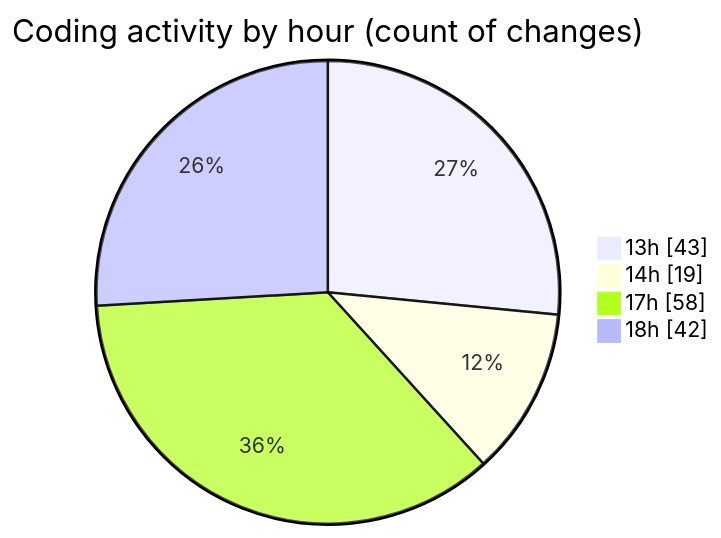
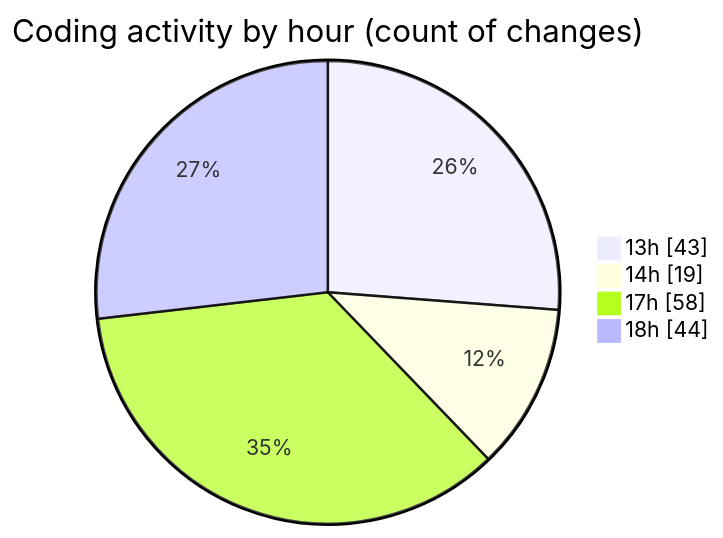
Before and after one commit to MatusMokan/code-tracking: the second of 2 diagrams in 2025-10-04/untitled__workspace_/README.md, drawn with Mermaid. The commit also changed other lines of this file and 1 other file, not shown here.

````diff
--- a/2025-10-04/untitled__workspace_/README.md
+++ b/2025-10-04/untitled__workspace_/README.md
@@ -48,8 +48,8 @@
 ```mermaid
 pie showData
 title Coding activity by hour (count of changes)
 "13h" : 43
 "14h" : 19
 "17h" : 58
-"18h" : 42
+"18h" : 44
 ```
````
